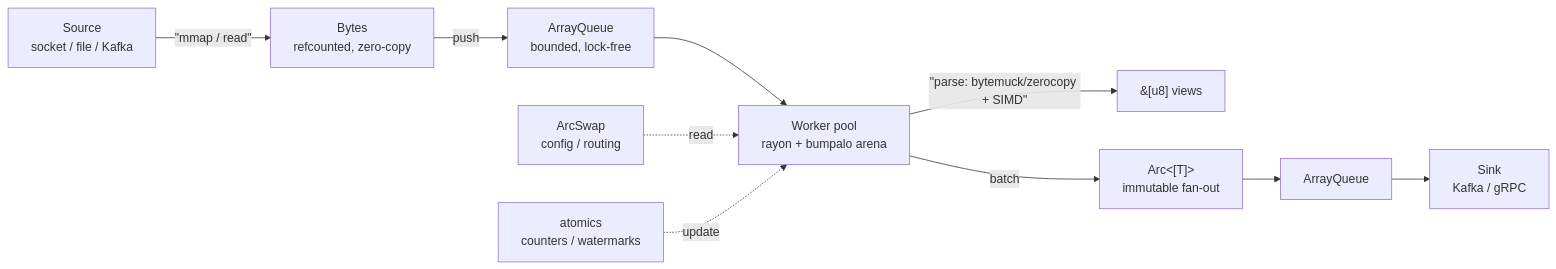
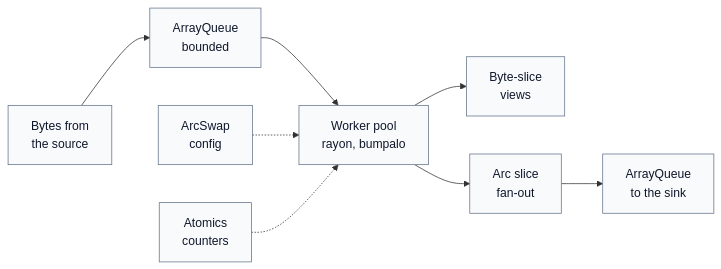
Before and after one commit to hyperi-io/scalo-rs: the first of 3 diagrams in docs/dts-rust-memory-tier-list.md, drawn with Mermaid. The commit also changed other lines of this file and 55 other files, not shown here.

First line of the commit message:
docs(scalo-rs): redraw every diagram and fix claims against code

````diff
--- a/docs/dts-rust-memory-tier-list.md
+++ b/docs/dts-rust-memory-tier-list.md
@@ -74,12 +76,26 @@
 ```mermaid
 flowchart LR
-    SRC["Source<br/>socket / file / Kafka"] -->|&quot;mmap / read&quot;| BY["Bytes<br/>refcounted, zero-copy"]
-    BY -->|push| Q1["ArrayQueue<br/>bounded, lock-free"]
-    Q1 --> WP["Worker pool<br/>rayon + bumpalo arena"]
-    WP -->|&quot;parse: bytemuck/zerocopy + SIMD&quot;| VW["&amp;[u8] views"]
-    WP -->|batch| AR["Arc&lt;[T]&gt;<br/>immutable fan-out"]
-    AR --> Q2["ArrayQueue"]
-    Q2 --> SK["Sink<br/>Kafka / gRPC"]
-    CFG["ArcSwap<br/>config / routing"] -.->|read| WP
-    AT["atomics<br/>counters / watermarks"] -.->|update| WP
+    accTitle: L4 Detail -- Memory structures on the hot path
+    accDescr: A source fills refcounted Bytes, which queue in a bounded ArrayQueue. The rayon worker pool with a bumpalo arena reads byte-slice views and batches results into an immutable Arc slice, reading ArcSwap config and updating atomics as it goes. A second ArrayQueue feeds the Kafka or gRPC sink.
+
+    bytes["Bytes from<br/>the source"]
+    queue_in["ArrayQueue<br/>bounded"]
+    config["ArcSwap<br/>config"]
+    atomics["Atomics<br/>counters"]
+    pool["Worker pool<br/>rayon, bumpalo"]
+    views["Byte-slice<br/>views"]
+    fanout["Arc slice<br/>fan-out"]
+    sink["ArrayQueue<br/>to the sink"]
+
+    bytes --> queue_in
+    queue_in --> pool
+    config -.-> pool
+    atomics -.-> pool
+    pool --> views
+    pool --> fanout
+    fanout --> sink
+    bytes ~~~ config
+    bytes ~~~ atomics
+
+    classDef default fill:#F8FAFC,stroke:#64748B,stroke-width:1px,color:#0F172A
 ```
````
